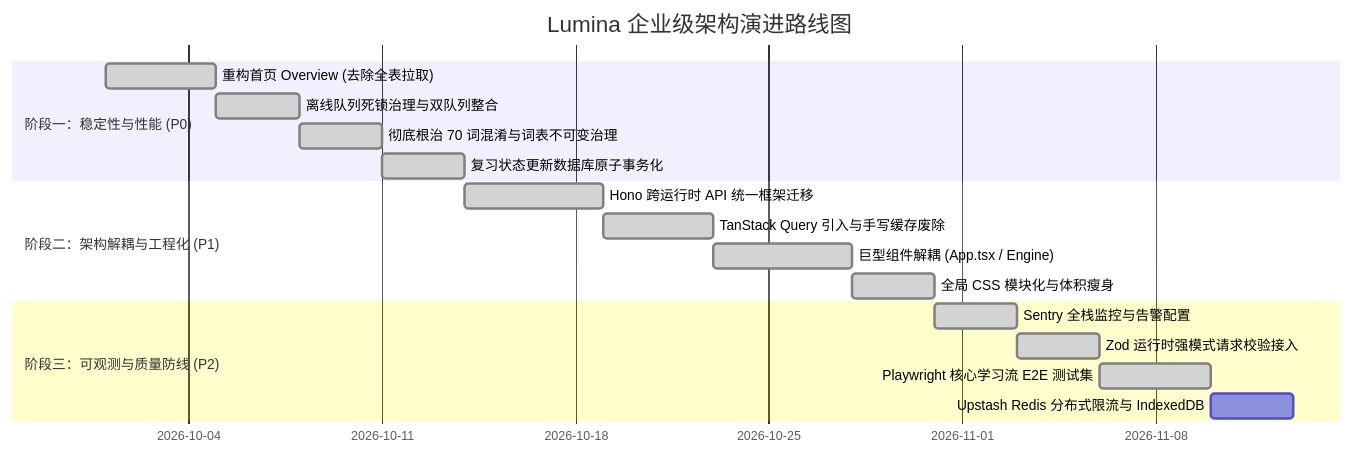
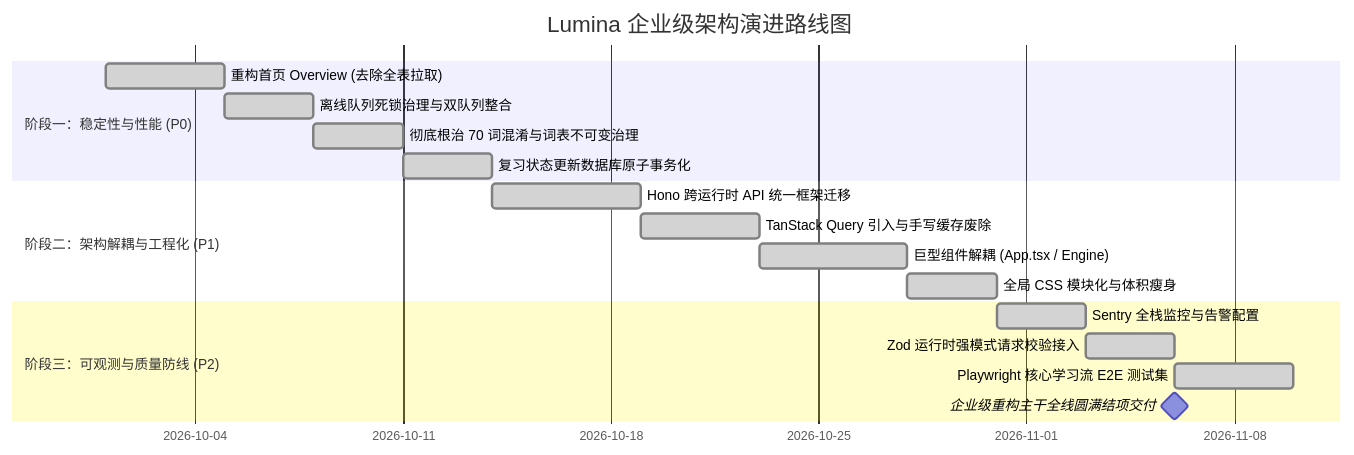
Before and after one commit to ZhangJunQiu-Alan/Lumina: the diagram in docs/enterprise-refactoring-roadmap.md, drawn with Mermaid. The commit also changed other lines of this file, not shown here.

Commit message:
docs: formalize Lumina Enterprise v1.0 refactoring milestone sign-off

````diff
--- a/docs/enterprise-refactoring-roadmap.md
+++ b/docs/enterprise-refactoring-roadmap.md
@@ -598,22 +601,22 @@
 ```mermaid
 gantt
     title Lumina 企业级架构演进路线图
     dateFormat  YYYY-MM-DD
     section 阶段一：稳定性与性能 (P0)
     重构首页 Overview (去除全表拉取)     :done, p1_1, 2026-10-01, 4d
     离线队列死锁治理与双队列整合        :done, p1_2, 2026-10-05, 3d
     彻底根治 70 词混淆与词表不可变治理  :done, p1_3, 2026-10-08, 3d
     复习状态更新数据库原子事务化        :done, p1_4, 2026-10-11, 3d
     
     section 阶段二：架构解耦与工程化 (P1)
     Hono 跨运行时 API 统一框架迁移      :done, p2_1, 2026-10-14, 5d
     TanStack Query 引入与手写缓存废除   :done, p2_2, 2026-10-19, 4d
     巨型组件解耦 (App.tsx / Engine)    :done, p2_3, 2026-10-23, 5d
     全局 CSS 模块化与体积瘦身          :done, p2_4, 2026-10-28, 3d
 
     section 阶段三：可观测与质量防线 (P2)
     Sentry 全栈监控与告警配置          :done, p3_1, 2026-10-31, 3d
     Zod 运行时强模式请求校验接入        :done, p3_2, 2026-11-03, 3d
     Playwright 核心学习流 E2E 测试集    :done, p3_3, 2026-11-06, 4d
-    Upstash Redis 分布式限流与 IndexedDB:p3_4, 2026-11-10, 3d
+    企业级重构主干全线圆满结项交付      :milestone, m1, 2026-11-06, 0d
 ```
````
